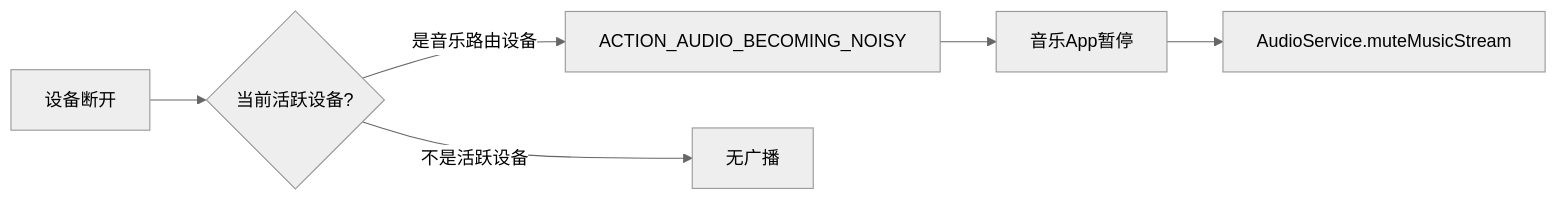
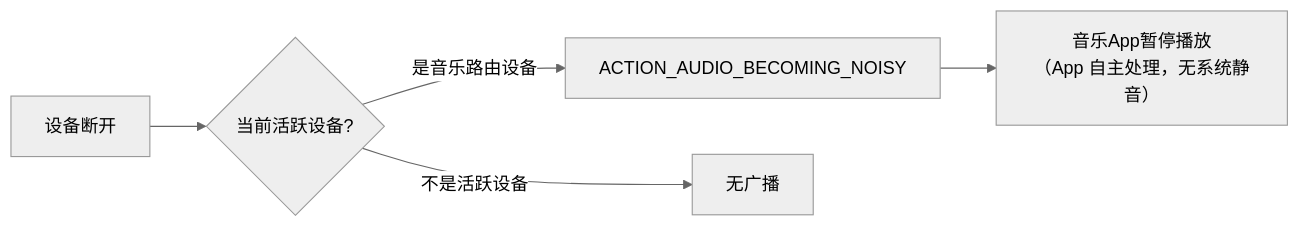
Before and after one commit to yanglinzhen1022/SA8295_AAOS_QNX_Audio_KnowledgeBase: the fifth of 8 diagrams in 13_Volume_Device_Deep_Dive/13_13.2_Device状态机.md, drawn with Mermaid (neutral theme). The commit also changed other lines of this file and 58 other files, not shown here.

````diff
--- a/13_Volume_Device_Deep_Dive/13_13.2_Device状态机.md
+++ b/13_Volume_Device_Deep_Dive/13_13.2_Device状态机.md
@@ -326,9 +319,8 @@
 ```mermaid
 flowchart LR
     DEV_DISCONNECT[设备断开] --> CHECK{当前活跃设备?}
     CHECK -->|是音乐路由设备| BNOISY[ACTION_AUDIO_BECOMING_NOISY]
     CHECK -->|不是活跃设备| NO_ACTION[无广播]
     
-    BNOISY --> APP[音乐App暂停]
-    APP --> MUTE[AudioService.muteMusicStream]
+    BNOISY --> APP[音乐App暂停播放<br>（App 自主处理，无系统静音）]
 ```
````
